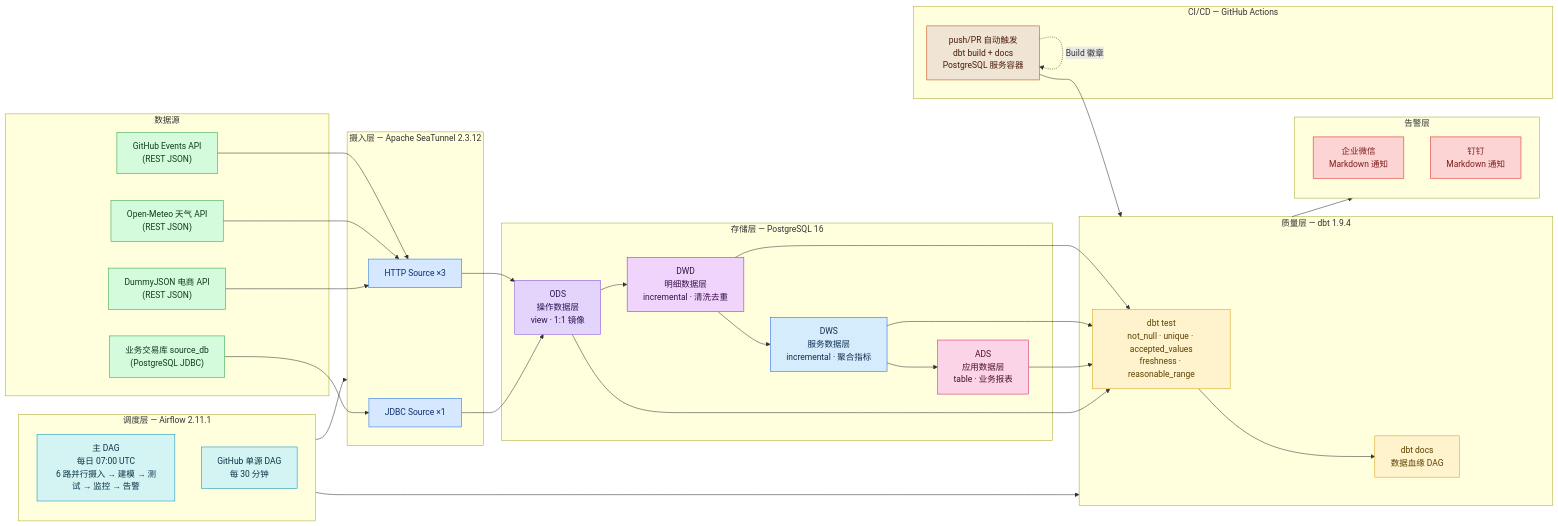
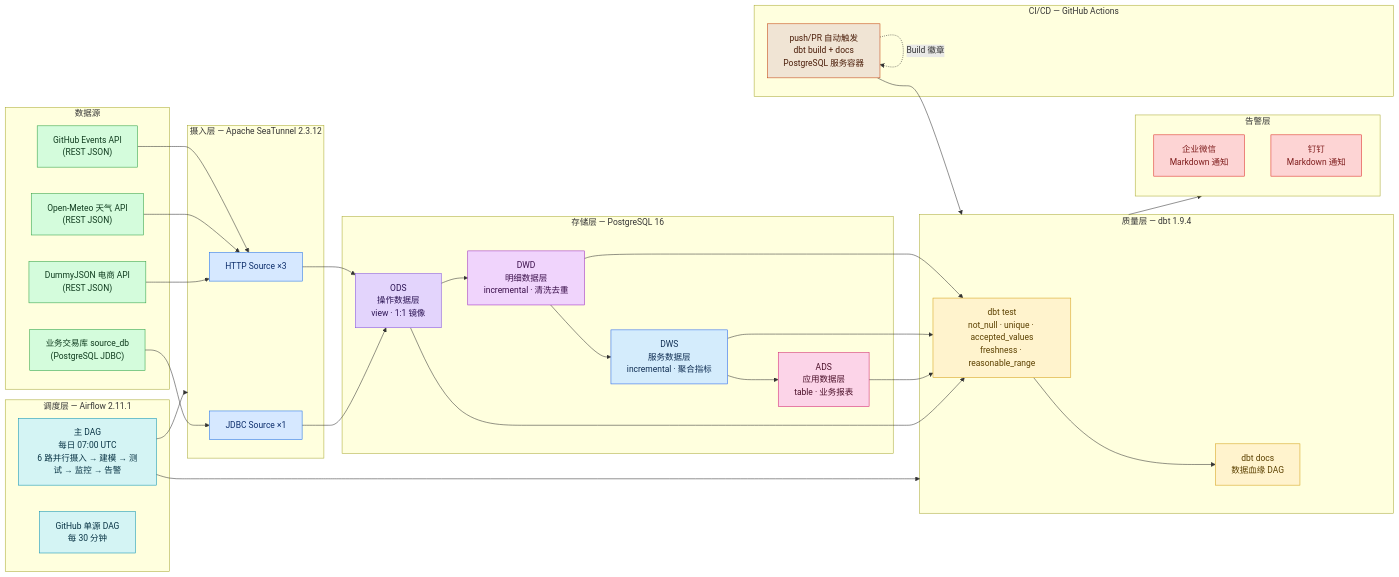
One commit to Zhuyuxuan0923/ShuShu changed the diagram in README.md. Above: the diagram before and after it, drawn with Mermaid.

Commit message:
fix: use style instead of classDef for Mermaid color in README
GitHub's Mermaid renderer handles style directives more reliably than
classDef/class. Also replaced & multi-source connections with individual
lines to avoid parser issues.

````diff
--- a/README.md
+++ b/README.md
@@ -13,78 +13,80 @@
 ```mermaid
 flowchart LR
     subgraph Sources[" 数据源 "]
         GH["GitHub Events API<br/>(REST JSON)"]
         WX["Open-Meteo 天气 API<br/>(REST JSON)"]
         EC["DummyJSON 电商 API<br/>(REST JSON)"]
         BIZ["业务交易库 source_db<br/>(PostgreSQL JDBC)"]
     end
 
     subgraph Ingest[" 摄入层 — Apache SeaTunnel 2.3.12 "]
         HTTP["HTTP Source ×3"]
         JDBC["JDBC Source ×1"]
     end
 
     subgraph Storage[" 存储层 — PostgreSQL 16 "]
         ODS["ODS<br/>操作数据层<br/>view · 1:1 镜像"]
         DWD["DWD<br/>明细数据层<br/>incremental · 清洗去重"]
         DWS["DWS<br/>服务数据层<br/>incremental · 聚合指标"]
         ADS["ADS<br/>应用数据层<br/>table · 业务报表"]
     end
 
     subgraph Quality[" 质量层 — dbt 1.9.4 "]
         TEST["dbt test<br/>not_null · unique · accepted_values<br/>freshness · reasonable_range"]
         DOCS["dbt docs<br/>数据血缘 DAG"]
     end
 
     subgraph Orchestration[" 调度层 — Airflow 2.11.1 "]
         DAG_FULL["主 DAG<br/>每日 07:00 UTC<br/>6 路并行摄入 → 建模 → 测试 → 监控 → 告警"]
         DAG_GH["GitHub 单源 DAG<br/>每 30 分钟"]
     end
 
     subgraph Alert[" 告警层 "]
         WECOM["企业微信<br/>Markdown 通知"]
         DT["钉钉<br/>Markdown 通知"]
     end
 
     subgraph CICD[" CI/CD — GitHub Actions "]
         ACTIONS["push/PR 自动触发<br/>dbt build + docs<br/>PostgreSQL 服务容器"]
     end
 
-    GH & WX & EC --> HTTP
+    GH --> HTTP
+    WX --> HTTP
+    EC --> HTTP
     BIZ --> JDBC
-    HTTP & JDBC --> ODS
-    ODS --> DWD --> DWS --> ADS
-    DWD & DWS & ADS --> TEST
+    HTTP --> ODS
+    JDBC --> ODS
+    ODS --> DWD
+    DWD --> DWS
+    DWS --> ADS
+    DWD --> TEST
+    DWS --> TEST
+    ADS --> TEST
     TEST --> DOCS
     ODS --> TEST
 
-    Orchestration --> Ingest
-    Orchestration --> Quality
+    DAG_FULL --> Ingest
+    DAG_FULL --> Quality
     Quality --> Alert
 
     ACTIONS --> Quality
     ACTIONS -.->|"Build 徽章"| ACTIONS
 
-    %% --- color styles ---
-    classDef source fill:#d4fcdc,stroke:#2ea043,color:#0f3b1e
-    classDef ingest fill:#d6e8ff,stroke:#1f6feb,color:#0c2d6b
-    classDef ods fill:#e3d4fc,stroke:#8250df,color:#2a1252
-    classDef dwd fill:#f0d4fc,stroke:#9a28c0,color:#3a0f4a
-    classDef dws fill:#d4ecfc,stroke:#2563eb,color:#0f2d52
-    classDef ads fill:#fcd4e8,stroke:#d1246e,color:#4a0f28
-    classDef quality fill:#fff3cd,stroke:#d4a017,color:#5c4100
-    classDef orch fill:#d4f4f4,stroke:#0891b2,color:#083344
-    classDef alert fill:#fdd4d4,stroke:#dc2626,color:#7f1d1d
-    classDef cicd fill:#f0e4d4,stroke:#c2410c,color:#4a1c08
-
-    class GH,WX,EC,BIZ source
-    class HTTP,JDBC ingest
-    class ODS ods
-    class DWD dwd
-    class DWS dws
-    class ADS ads
-    class TEST,DOCS quality
-    class DAG_FULL,DAG_GH orch
-    class WECOM,DT alert
-    class ACTIONS cicd
+    style GH fill:#d4fcdc,stroke:#2ea043,color:#0f3b1e
+    style WX fill:#d4fcdc,stroke:#2ea043,color:#0f3b1e
+    style EC fill:#d4fcdc,stroke:#2ea043,color:#0f3b1e
+    style BIZ fill:#d4fcdc,stroke:#2ea043,color:#0f3b1e
+    style HTTP fill:#d6e8ff,stroke:#1f6feb,color:#0c2d6b
+    style JDBC fill:#d6e8ff,stroke:#1f6feb,color:#0c2d6b
+    style ODS fill:#e3d4fc,stroke:#8250df,color:#2a1252
+    style DWD fill:#f0d4fc,stroke:#9a28c0,color:#3a0f4a
+    style DWS fill:#d4ecfc,stroke:#2563eb,color:#0f2d52
+    style ADS fill:#fcd4e8,stroke:#d1246e,color:#4a0f28
+    style TEST fill:#fff3cd,stroke:#d4a017,color:#5c4100
+    style DOCS fill:#fff3cd,stroke:#d4a017,color:#5c4100
+    style DAG_FULL fill:#d4f4f4,stroke:#0891b2,color:#083344
+    style DAG_GH fill:#d4f4f4,stroke:#0891b2,color:#083344
+    style WECOM fill:#fdd4d4,stroke:#dc2626,color:#7f1d1d
+    style DT fill:#fdd4d4,stroke:#dc2626,color:#7f1d1d
+    style ACTIONS fill:#f0e4d4,stroke:#c2410c,color:#4a1c08
 ```
````
